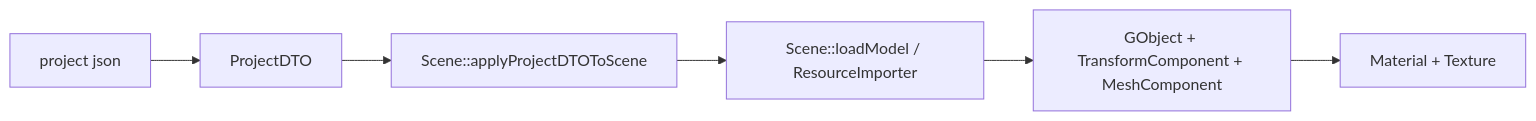
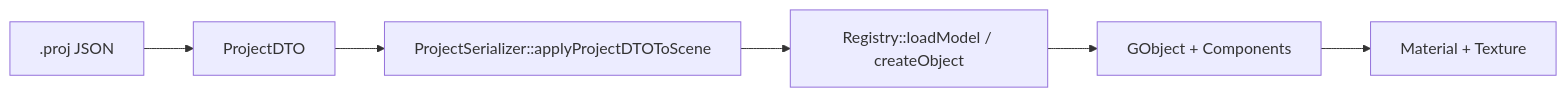
The second of 7 diagrams in docs/资源管理.md (xp-Yang/XPYEngine), drawn with Mermaid before and after one commit. The commit also changed other lines of this file and 4 other files, not shown here.

````diff
--- a/docs/资源管理.md
+++ b/docs/资源管理.md
@@ -220,8 +202,8 @@
 ```mermaid
 flowchart LR
-    Json["project json"] --> DTO["ProjectDTO"]
-    DTO --> SceneApply["Scene::applyProjectDTOToScene"]
-    SceneApply --> Import["Scene::loadModel / ResourceImporter"]
-    Import --> GObject["GObject + TransformComponent + MeshComponent"]
-    GObject --> Material["Material + Texture"]
+    Json[".proj JSON"] --> DTO["ProjectDTO"]
+    DTO --> Apply["ProjectSerializer::applyProjectDTOToScene"]
+    Apply --> Load["Registry::loadModel / createObject"]
+    Load --> GO["GObject + Components"]
+    GO --> Mat["Material + Texture"]
 ```
````
